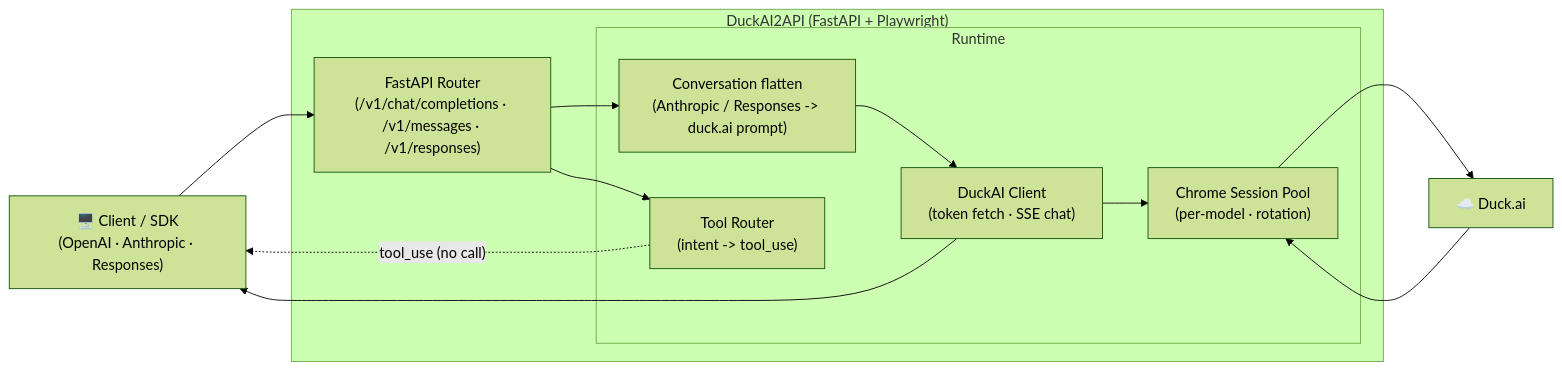
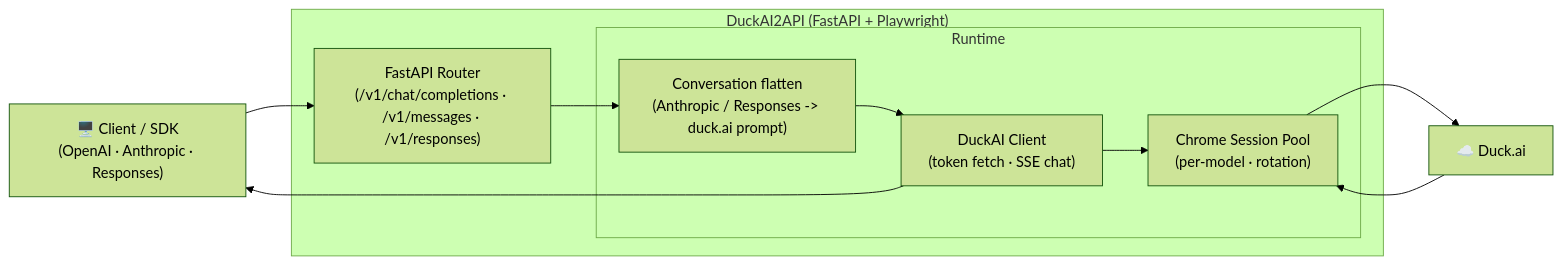
The diagram in README.md (czpGhost/DuckAI2API), drawn with Mermaid (forest theme) before and after one commit. The commit also changed other lines of this file and 1 other file, not shown here.

Commit message:
docs: drop tool-router node from arch diagram; fix star-history (GitHub API restriction note)

````diff
--- a/README.md
+++ b/README.md
@@ -49,26 +49,23 @@
 ```mermaid
 flowchart LR
     Client["🖥️ Client / SDK\n(OpenAI · Anthropic · Responses)"]
     Upstream["☁️ Duck.ai"]
 
     subgraph DuckAI2API["DuckAI2API (FastAPI + Playwright)"]
         Router["FastAPI Router\n(/v1/chat/completions · /v1/messages · /v1/responses)"]
 
         subgraph Core["Runtime"]
             Conv["Conversation flatten\n(Anthropic / Responses -> duck.ai prompt)"]
-            Router2["Tool Router\n(intent -> tool_use)"]
             Client2["DuckAI Client\n(token fetch · SSE chat)"]
             Pool["Chrome Session Pool\n(per-model · rotation)"]
         end
     end
 
     Client --> Router
     Router --> Conv
-    Router --> Router2
     Conv --> Client2
-    Router2 -. tool_use (no call) .-> Client
     Client2 --> Pool
     Pool --> Upstream
     Upstream --> Pool
     Client2 --> Client
 ```
````
